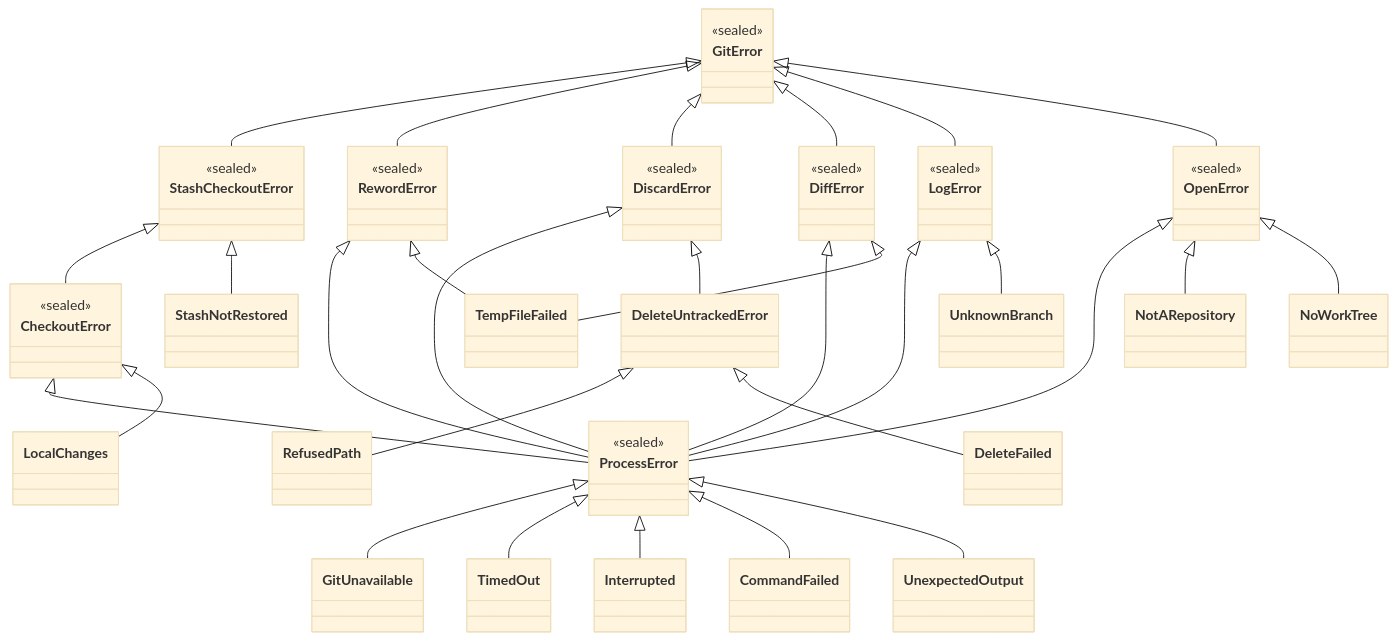
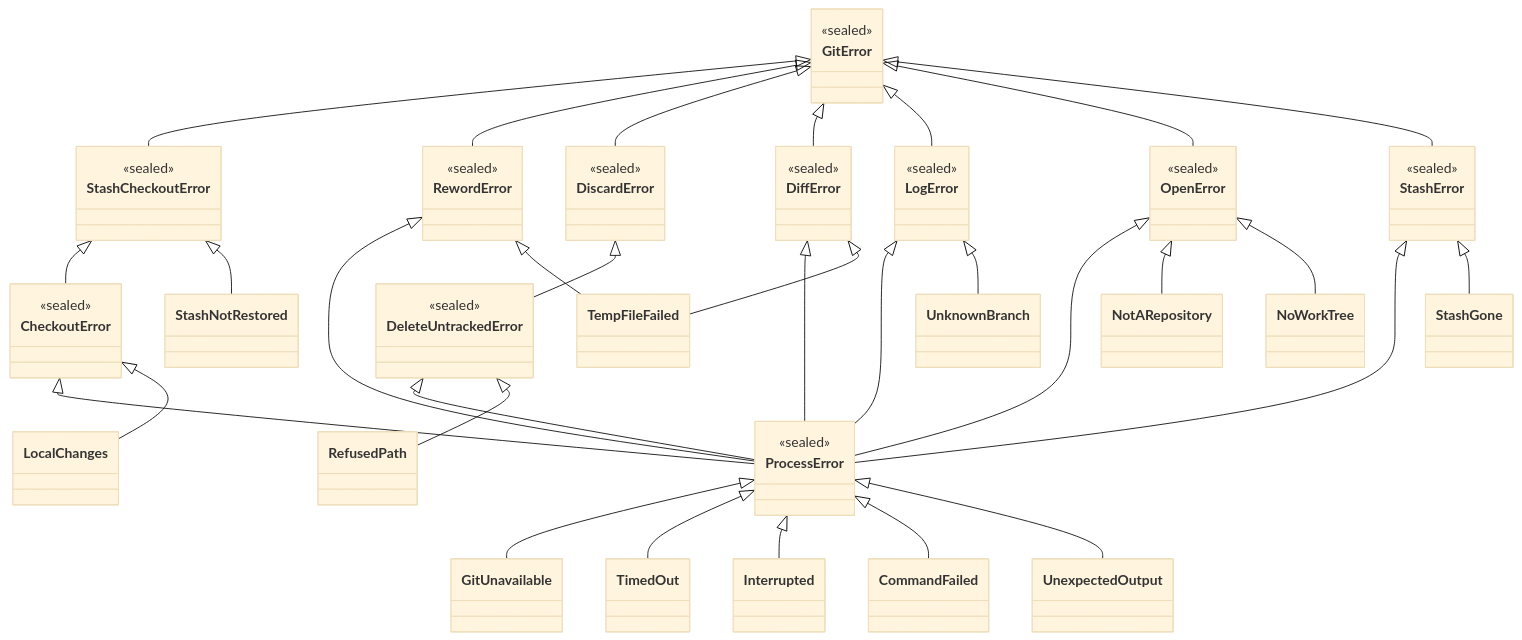
Before and after one commit to cvanfleteren/jazygit: the fifth of 7 diagrams in ARCHITECTURE.md, drawn with Mermaid (base theme). The commit also changed other lines of this file and 5 other files, not shown here.

````diff
--- a/ARCHITECTURE.md
+++ b/ARCHITECTURE.md
@@ -316,61 +394,69 @@
 ```mermaid
 classDiagram
     direction BT
     class GitError {
         <<sealed>>
     }
     class ProcessError {
         <<sealed>>
     }
     class CheckoutError {
         <<sealed>>
     }
     class StashCheckoutError {
         <<sealed>>
     }
     class RewordError {
         <<sealed>>
     }
     class DiscardError {
         <<sealed>>
     }
     class DiffError {
         <<sealed>>
     }
     class LogError {
         <<sealed>>
     }
     class OpenError {
         <<sealed>>
     }
+    class StashError {
+        <<sealed>>
+    }
+    class DeleteUntrackedError {
+        <<sealed>>
+    }
 
     StashCheckoutError --|> GitError
     CheckoutError --|> StashCheckoutError
     RewordError --|> GitError
     DiscardError --|> GitError
     DiffError --|> GitError
     LogError --|> GitError
     OpenError --|> GitError
+    StashError --|> GitError
+    DeleteUntrackedError --|> DiscardError
     ProcessError --|> CheckoutError
     ProcessError --|> RewordError
-    ProcessError --|> DiscardError
+    ProcessError --|> DeleteUntrackedError
     ProcessError --|> DiffError
     ProcessError --|> LogError
     ProcessError --|> OpenError
+    ProcessError --|> StashError
 
     GitUnavailable --|> ProcessError
     TimedOut --|> ProcessError
     Interrupted --|> ProcessError
     CommandFailed --|> ProcessError
     UnexpectedOutput --|> ProcessError
     LocalChanges --|> CheckoutError
     StashNotRestored --|> StashCheckoutError
     TempFileFailed --|> RewordError
     TempFileFailed --|> DiffError
     UnknownBranch --|> LogError
-    DeleteUntrackedError --|> DiscardError
     RefusedPath --|> DeleteUntrackedError
-    DeleteFailed --|> DeleteUntrackedError
+    StashGone --|> StashError
     NotARepository --|> OpenError
     NoWorkTree --|> OpenError
 ```
````
